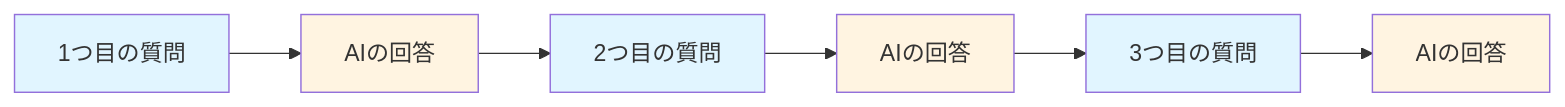
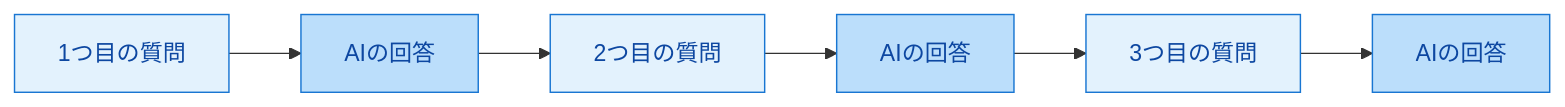
The first of 2 diagrams in book/pages/コンテキストウィンドウとは.md (cyber-freaks-jp/AI_Driven_Development_Course), drawn with Mermaid before and after one commit. The commit also changed 12 other files, not shown here.

````diff
--- a/book/pages/コンテキストウィンドウとは.md
+++ b/book/pages/コンテキストウィンドウとは.md
@@ -25,15 +25,15 @@
 ```mermaid
 graph LR
     A[1つ目の質問] --> B[AIの回答]
     B --> C[2つ目の質問]
     C --> D[AIの回答]
     D --> E[3つ目の質問]
     E --> F[AIの回答]
 
-    style A fill:#e1f5ff
-    style B fill:#fff4e1
-    style C fill:#e1f5ff
-    style D fill:#fff4e1
-    style E fill:#e1f5ff
-    style F fill:#fff4e1
+    style A fill:#e3f2fd,color:#0d47a1,stroke:#1976d2
+    style C fill:#e3f2fd,color:#0d47a1,stroke:#1976d2
+    style E fill:#e3f2fd,color:#0d47a1,stroke:#1976d2
+    style B fill:#bbdefb,color:#0d47a1,stroke:#1976d2
+    style D fill:#bbdefb,color:#0d47a1,stroke:#1976d2
+    style F fill:#bbdefb,color:#0d47a1,stroke:#1976d2
 ```
````
